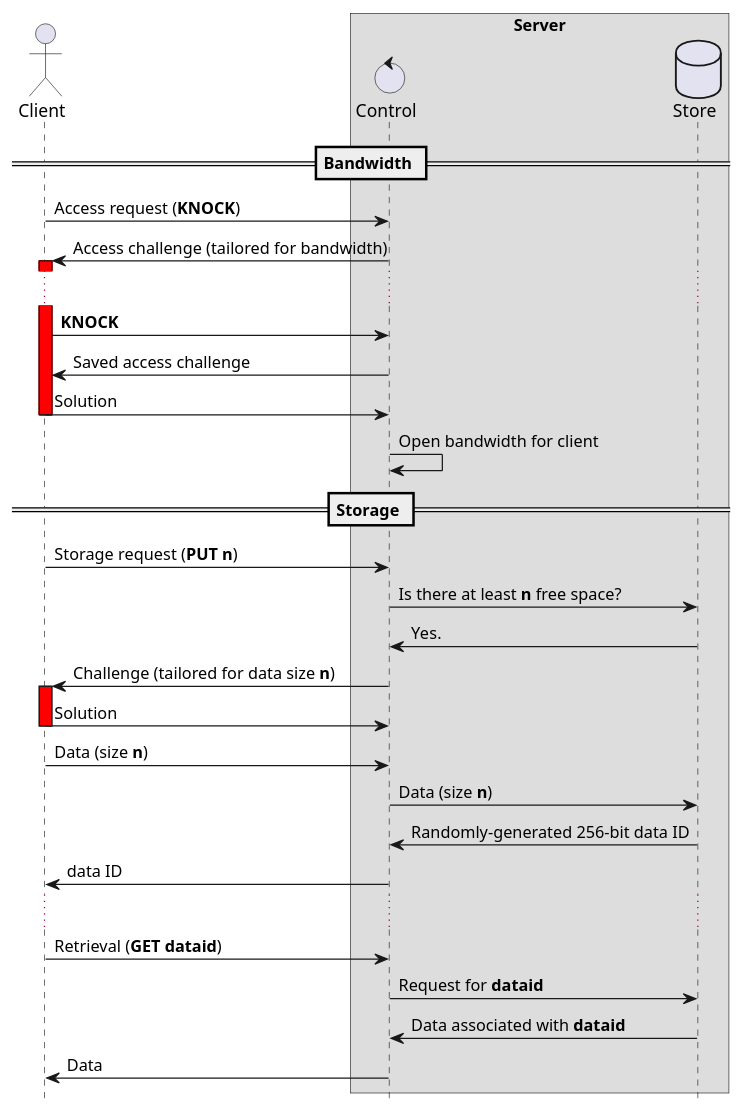
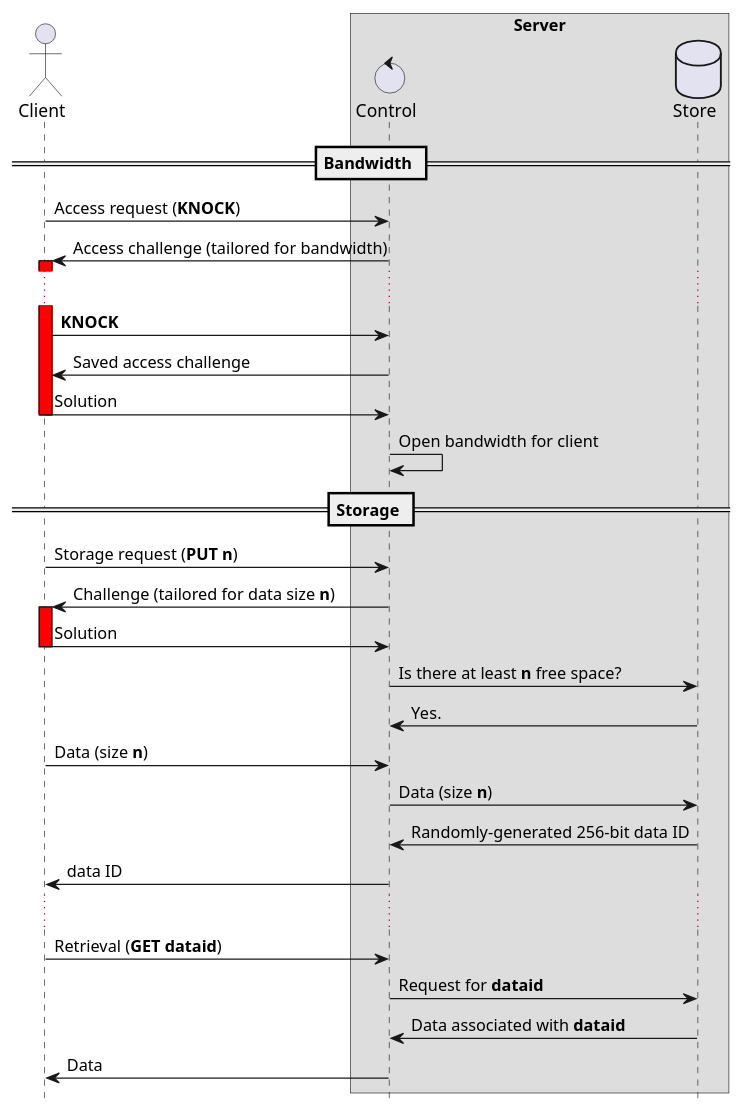
One commit to iasds/Datura-Network changed the diagram in Poc/6.2-space-allocation/README.md. Above: the diagram before and after it, drawn with PlantUML. The commit also changed other lines of this file, not shown here.

Commit message:
space-allocation(spec): place challenge before free space check

````diff
--- a/Poc/6.2-space-allocation/README.md
+++ b/Poc/6.2-space-allocation/README.md
@@ -4,47 +4,47 @@
 ```plantuml
 @startuml
 actor Client
 box "Server"
 control Control
 database Store
 end box
 
 hide footbox
 
 == Bandwidth ==
 
 Client -> Control : Access request (**KNOCK**)
 
 Client <- Control ++ #red : Access challenge (tailored for bandwidth)
 
 ...
 
 Client -> Control : **KNOCK**
 Client <- Control : Saved access challenge
 Client -> Control -- : Solution
 
 Control -> Control : Open bandwidth for client
 
 == Storage ==
 
 Client -> Control : Storage request (**PUT n**)
+Client <- Control ++ #red : Challenge (tailored for data size **n**)
+Client -> Control -- : Solution
 
 Control -> Store : Is there at least **n** free space?
 Control <- Store : Yes.
 
-Client <- Control ++ #red : Challenge (tailored for data size **n**)
-Client -> Control -- : Solution
 
 Client -> Control : Data (size **n**)
 Control -> Store : Data (size **n**)
 Control <- Store : Randomly-generated 256-bit data ID
 Client <- Control : data ID
 
 ...
 
 Client -> Control : Retrieval (**GET dataid**)
 Control -> Store : Request for **dataid**
 Control <- Store : Data associated with **dataid**
 Client <- Control : Data
 @enduml
 ```
````
